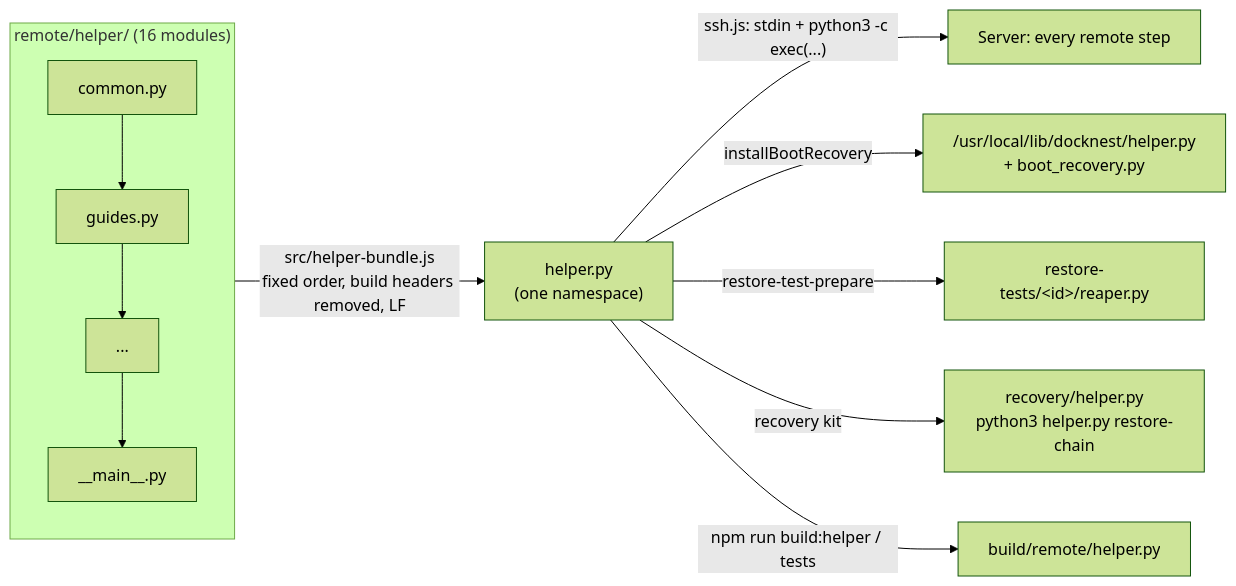
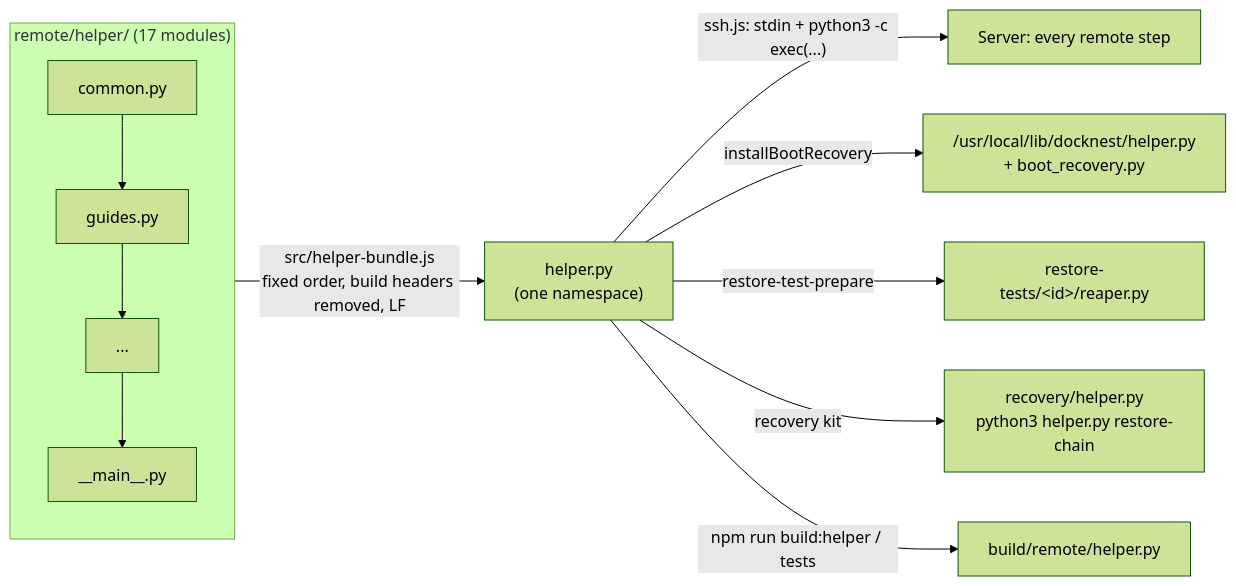
Before and after one commit to DahanItamar/DockNest: the first of 3 diagrams in docs/remote-helper.md, drawn with Mermaid (forest theme). The commit also changed other lines of this file, not shown here.

Commit message:
docs(helper): list launch.py in the helper layout

````diff
--- a/docs/remote-helper.md
+++ b/docs/remote-helper.md
@@ -42,12 +44,12 @@
 ```mermaid
 flowchart LR
-  subgraph Source["remote/helper/ (16 modules)"]
+  subgraph Source["remote/helper/ (17 modules)"]
     M1[common.py] --> M2[guides.py] --> M3[...] --> M15[__main__.py]
   end
   Source -->|"src/helper-bundle.js<br/>fixed order, build headers removed, LF"| B["helper.py<br/>(one namespace)"]
   B -->|"ssh.js: stdin + python3 -c exec(...)"| S[Server: every remote step]
   B -->|"installBootRecovery"| R["/usr/local/lib/docknest/helper.py<br/>+ boot_recovery.py"]
   B -->|"restore-test-prepare"| P["restore-tests/&lt;id&gt;/reaper.py"]
   B -->|"recovery kit"| K["recovery/helper.py<br/>python3 helper.py restore-chain"]
   B -->|"npm run build:helper / tests"| D[build/remote/helper.py]
 ```
````
